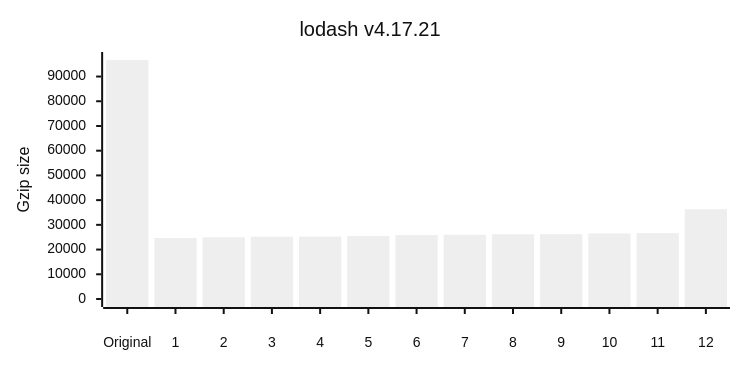
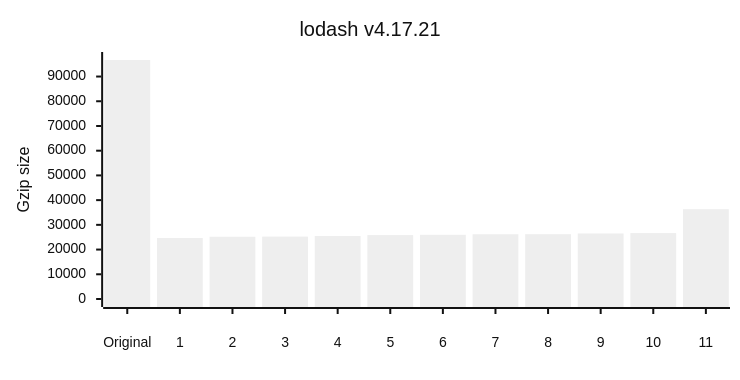
Before and after one commit to privatenumber/minification-benchmarks: the fifth of 12 diagrams in README.md, drawn with Mermaid (neutral theme). The commit also changed other lines of this file and 1 other file, not shown here.

````diff
--- a/README.md
+++ b/README.md
@@ -237,17 +237,17 @@
 ```mermaid
 ---
 config:
     xyChart:
         width: 720
         height: 360
         xAxis:
             labelPadding: 20
         yAxis:
             labelPadding: 10
 ---
 xychart-beta
 	title "lodash v4.17.21"
-	x-axis ["Original",1,2,3,4,5,6,7,8,9,10,11,12]
+	x-axis ["Original",1,2,3,4,5,6,7,8,9,10,11]
 	y-axis "Gzip size" 0 --> 96690
-	bar [96690,24686,24972,25186,25240,25503,25862,25979,26200,26221,26498,26655,36327]
+	bar [96690,24686,25186,25240,25503,25862,25979,26200,26221,26498,26655,36327]
 ```
````
